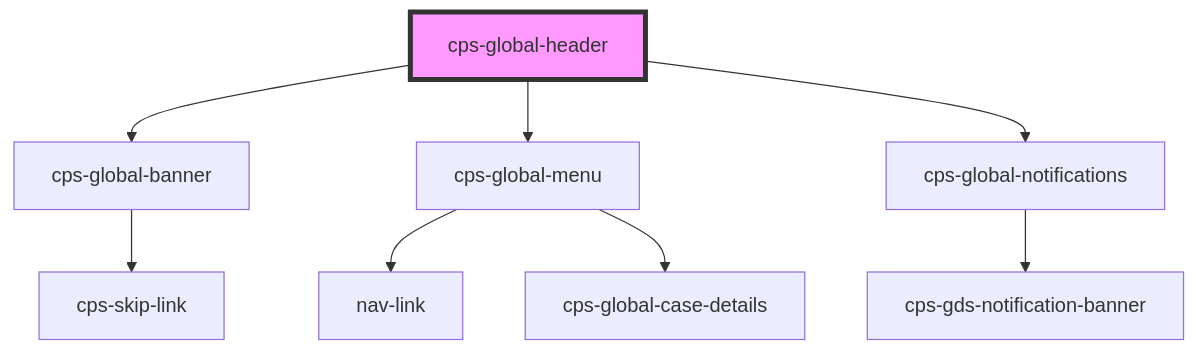
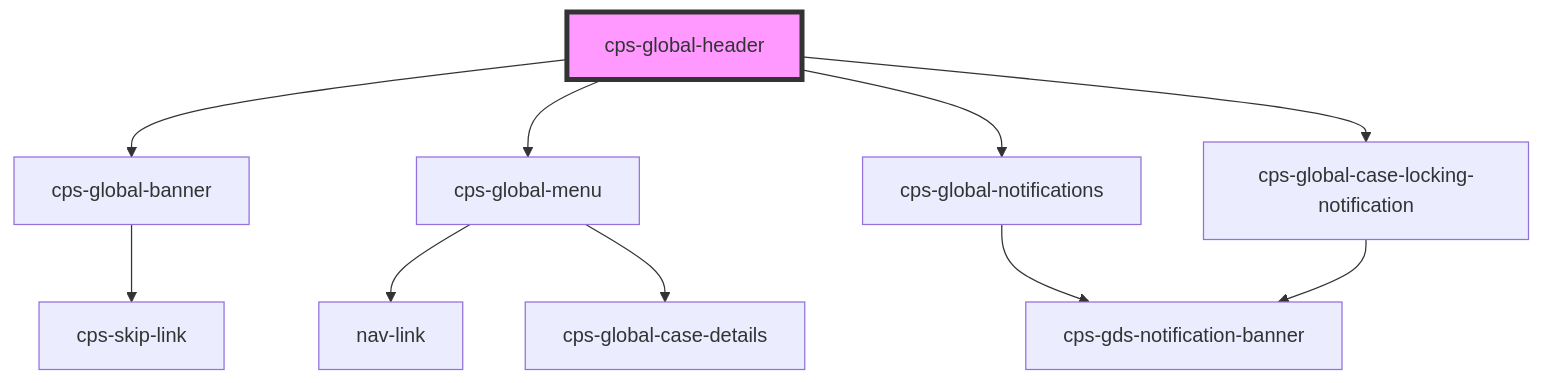
Before and after one commit to CPS-Innovation/global-components: the diagram in packages/cps-global-components/src/components/cps-global-header/readme.md, drawn with Mermaid. The commit also changed other lines of this file and 11 other files, not shown here.

Commit message:
#FCT2-18002 - added logging to case locking POC

````diff
--- a/packages/cps-global-components/src/components/cps-global-header/readme.md
+++ b/packages/cps-global-components/src/components/cps-global-header/readme.md
@@ -24,11 +25,13 @@
 ```mermaid
 graph TD;
   cps-global-header --> cps-global-banner
   cps-global-header --> cps-global-menu
   cps-global-header --> cps-global-notifications
+  cps-global-header --> cps-global-case-locking-notification
   cps-global-banner --> cps-skip-link
   cps-global-menu --> nav-link
   cps-global-menu --> cps-global-case-details
   cps-global-notifications --> cps-gds-notification-banner
+  cps-global-case-locking-notification --> cps-gds-notification-banner
   style cps-global-header fill:#f9f,stroke:#333,stroke-width:4px
 ```
````
